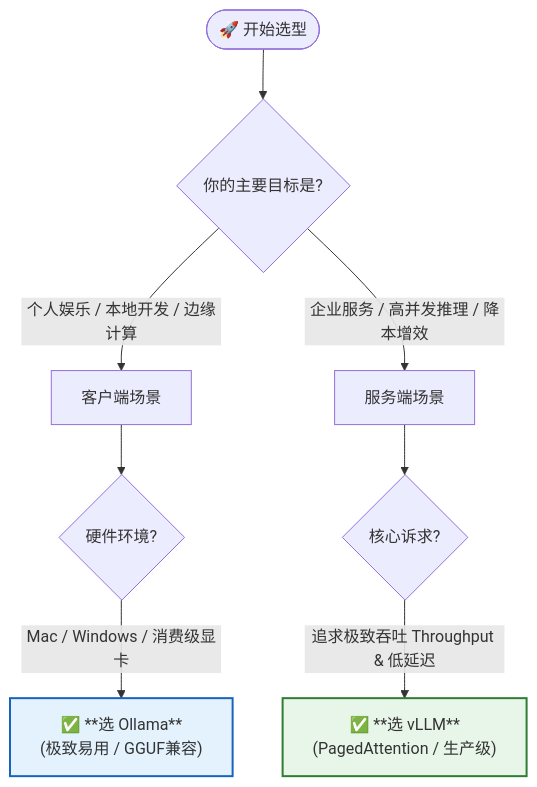
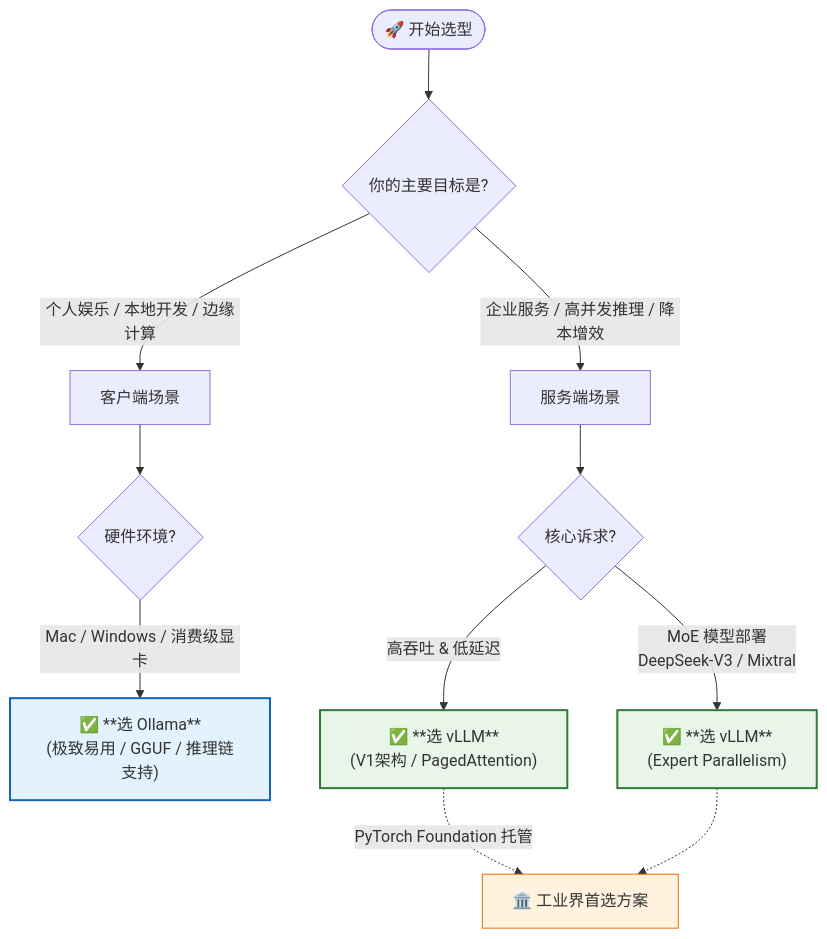
Before and after one commit to hanwei808/ai-product-production-guide: the diagram in ollama-vllm-guide.md, drawn with Mermaid. The commit also changed other lines of this file and 7 other files, not shown here.

````diff
--- a/ollama-vllm-guide.md
+++ b/ollama-vllm-guide.md
@@ -7,16 +10,22 @@
 ```mermaid
 flowchart TD
     Start([🚀 开始选型]) --> Q1{你的主要目标是?}
 
     Q1 -->|个人娱乐 / 本地开发 / 边缘计算| PathA[客户端场景]
     Q1 -->|企业服务 / 高并发推理 / 降本增效| PathB[服务端场景]
 
     PathA --> Q2{硬件环境?}
-    Q2 -->|Mac / Windows / 消费级显卡| ResA["✅ **选 Ollama**<br>(极致易用 / GGUF兼容)"]
+    Q2 -->|Mac / Windows / 消费级显卡| ResA["✅ **选 Ollama**<br>(极致易用 / GGUF / 推理链支持)"]
 
     PathB --> Q3{核心诉求?}
-    Q3 -->|追求极致吞吐 Throughput & 低延迟| ResB["✅ **选 vLLM**<br>(PagedAttention / 生产级)"]
+    Q3 -->|高吞吐 & 低延迟| ResB["✅ **选 vLLM**<br>(V1架构 / PagedAttention)"]
+    Q3 -->|MoE 模型部署<br>DeepSeek-V3 / Mixtral| ResC["✅ **选 vLLM**<br>(Expert Parallelism)"]
+
+    ResB -.->|PyTorch Foundation 托管| Note[🏛️ 工业界首选方案]
+    ResC -.-> Note
 
     style ResA fill:#e3f2fd,stroke:#1565c0,stroke-width:2px
     style ResB fill:#e8f5e9,stroke:#2e7d32,stroke-width:2px
+    style ResC fill:#e8f5e9,stroke:#2e7d32,stroke-width:2px
+    style Note fill:#fff3e0,stroke:#ef6c00,stroke-width:1px
 ```
````
